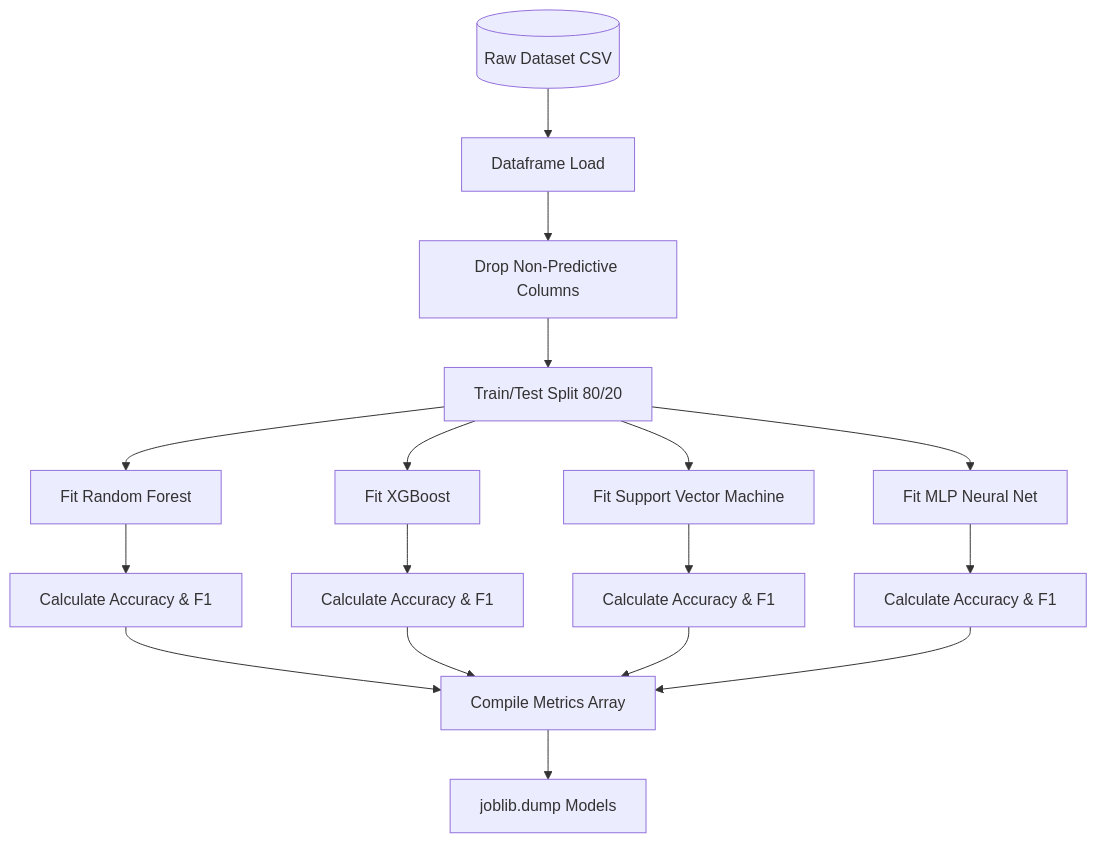
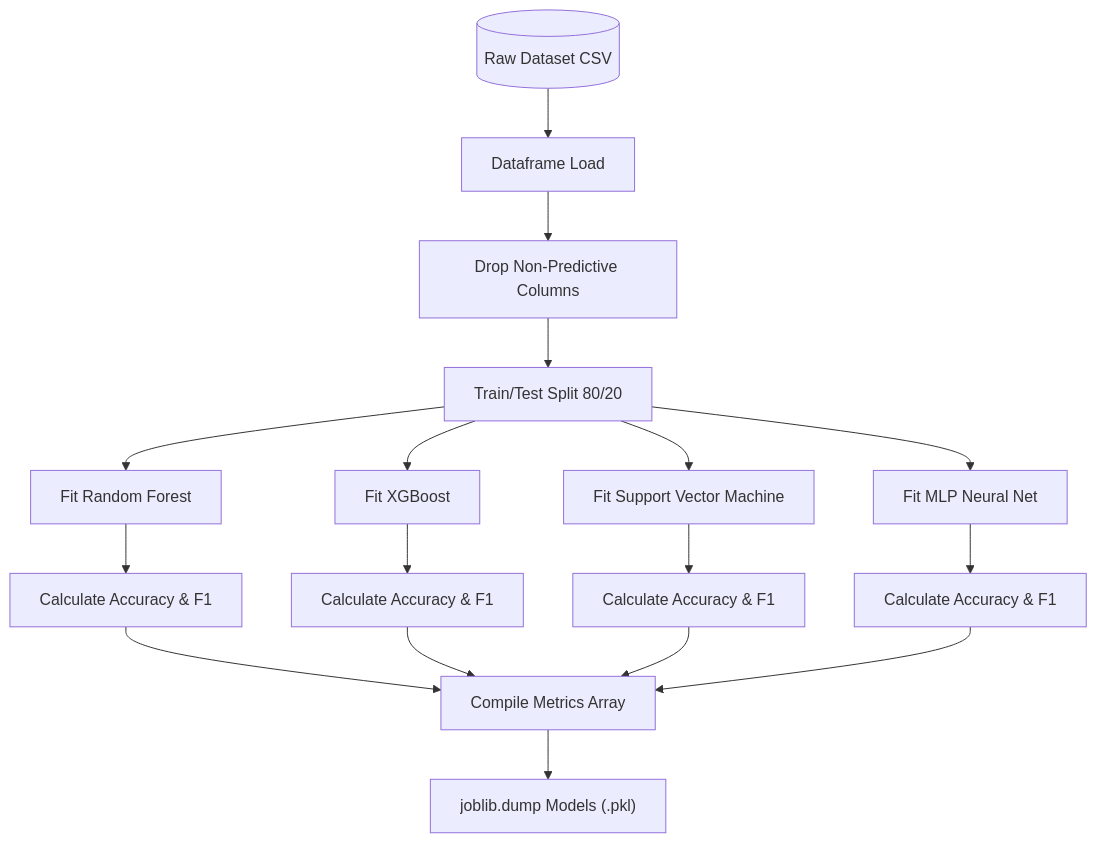
The ninth of 19 diagrams in README.md (BlueHeart-Saga/machine-learning), drawn with Mermaid before and after one commit. The commit also changed other lines of this file, not shown here.

Commit message:
Documentation: Fixed Mermaid syntax and added comprehensive user-friendly explanations to all diagrams

````diff
--- a/README.md
+++ b/README.md
@@ -237,19 +241,19 @@
 ```mermaid
 flowchart TD
-    RawCSV[(Raw Dataset CSV)] --> Pandas[Dataframe Load]
+    RawCSV[("Raw Dataset CSV")] --> Pandas[Dataframe Load]
     Pandas --> Drop[Drop Non-Predictive Columns]
     Drop --> Split[Train/Test Split 80/20]
     
     Split --> RF[Fit Random Forest]
     Split --> XGB[Fit XGBoost]
     Split --> SVM[Fit Support Vector Machine]
     Split --> NN[Fit MLP Neural Net]
     
     RF --> Eval1[Calculate Accuracy & F1]
     XGB --> Eval2[Calculate Accuracy & F1]
     SVM --> Eval3[Calculate Accuracy & F1]
     NN --> Eval4[Calculate Accuracy & F1]
     
     Eval1 & Eval2 & Eval3 & Eval4 --> Metrics[Compile Metrics Array]
-    Metrics --> Serialization[joblib.dump Models]
+    Metrics --> Serialization["joblib.dump Models (.pkl)"]
 ```
````
